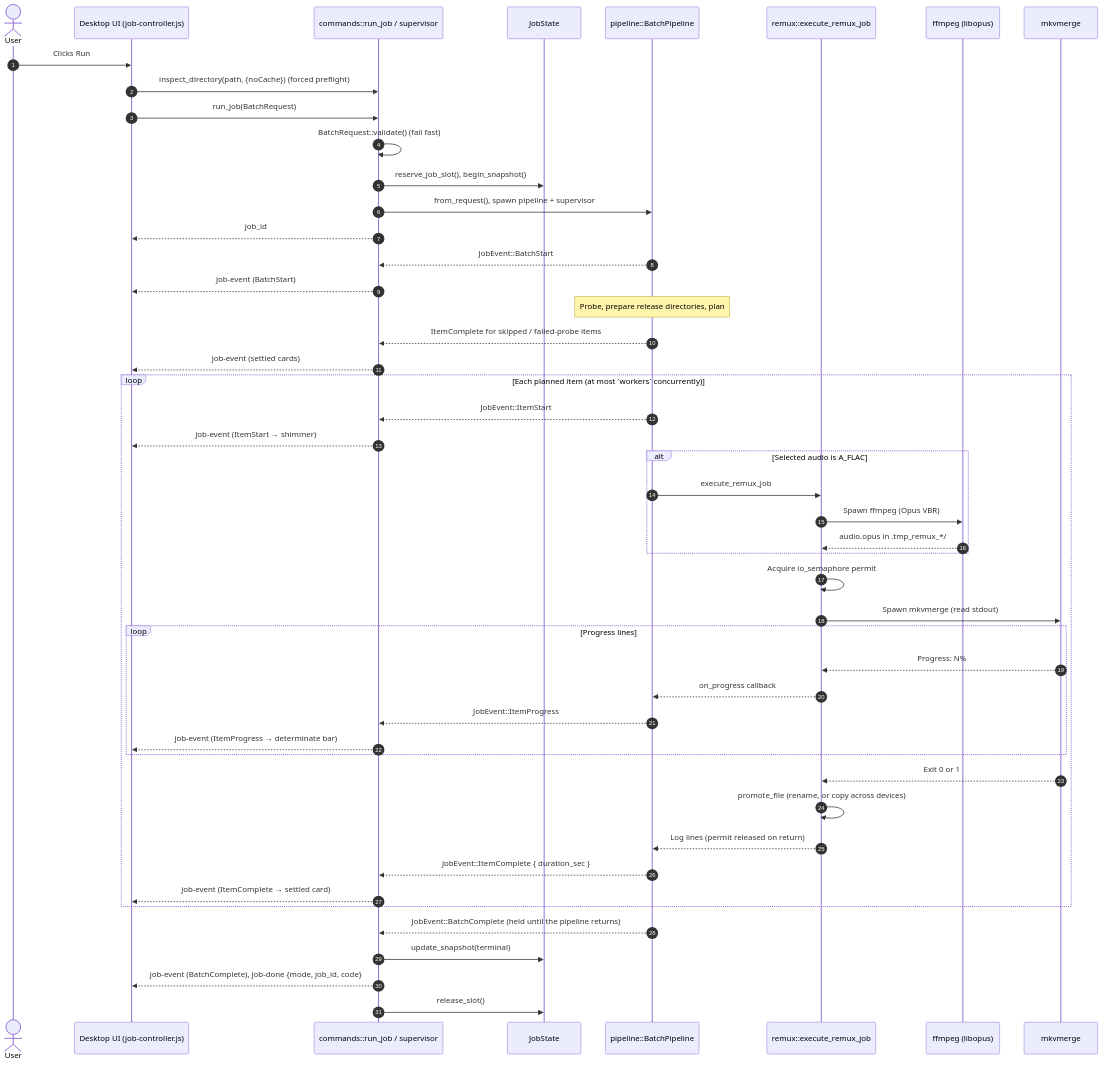
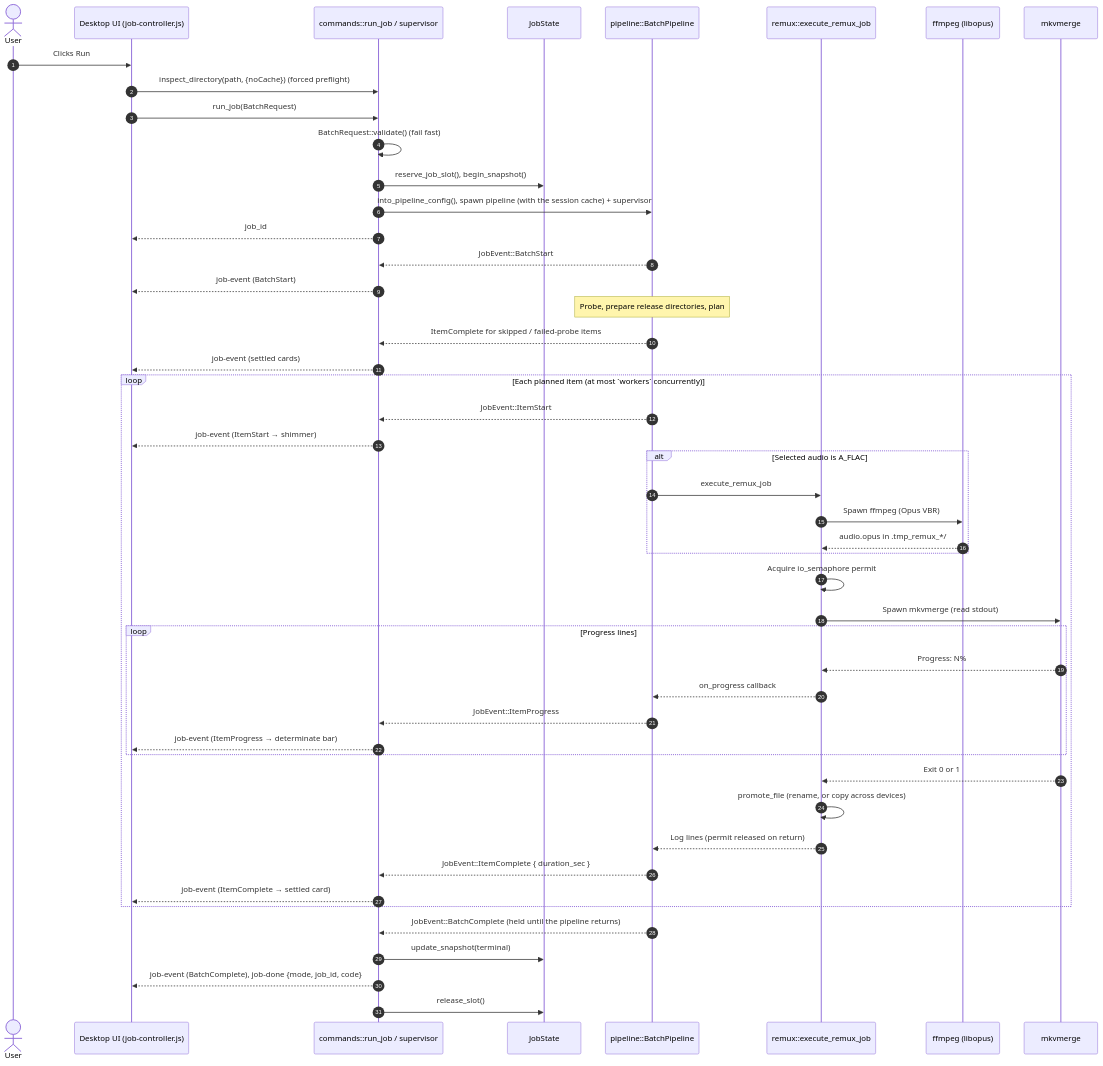
The eighth of 8 diagrams in architecture.md (Si-Forces/mkvanimebatch), drawn with Mermaid before and after one commit. The commit also changed other lines of this file and 10 other files, not shown here.

First line of the commit message:
perf: one inspect cache per app session, pruned after each completed inspection (#42)

````diff
--- a/architecture.md
+++ b/architecture.md
@@ -558,57 +564,57 @@
 ```mermaid
 sequenceDiagram
     autonumber
     actor User
     participant UI as Desktop UI (job-controller.js)
     participant Cmd as commands::run_job / supervisor
     participant Proc as JobState
     participant Pipe as pipeline::BatchPipeline
     participant RX as remux::execute_remux_job
     participant FF as ffmpeg (libopus)
     participant MKV as mkvmerge
 
     User->>UI: Clicks Run
     UI->>Cmd: inspect_directory(path, {noCache}) (forced preflight)
     UI->>Cmd: run_job(BatchRequest)
     Cmd->>Cmd: BatchRequest::validate() (fail fast)
     Cmd->>Proc: reserve_job_slot(), begin_snapshot()
-    Cmd->>Pipe: from_request(), spawn pipeline + supervisor
+    Cmd->>Pipe: into_pipeline_config(), spawn pipeline (with the session cache) + supervisor
     Cmd-->>UI: job_id
     Pipe-->>Cmd: JobEvent::BatchStart
     Cmd-->>UI: job-event (BatchStart)
 
     Note over Pipe: Probe, prepare release directories, plan
     Pipe-->>Cmd: ItemComplete for skipped / failed-probe items
     Cmd-->>UI: job-event (settled cards)
 
     loop Each planned item (at most `workers` concurrently)
         Pipe-->>Cmd: JobEvent::ItemStart
         Cmd-->>UI: job-event (ItemStart → shimmer)
 
         alt Selected audio is A_FLAC
             Pipe->>RX: execute_remux_job
             RX->>FF: Spawn ffmpeg (Opus VBR)
             FF-->>RX: audio.opus in .tmp_remux_*/
         end
 
         RX->>RX: Acquire io_semaphore permit
         RX->>MKV: Spawn mkvmerge (read stdout)
         loop Progress lines
             MKV-->>RX: Progress: N%
             RX-->>Pipe: on_progress callback
             Pipe-->>Cmd: JobEvent::ItemProgress
             Cmd-->>UI: job-event (ItemProgress → determinate bar)
         end
         MKV-->>RX: Exit 0 or 1
         RX->>RX: promote_file (rename, or copy across devices)
         RX-->>Pipe: Log lines (permit released on return)
 
         Pipe-->>Cmd: JobEvent::ItemComplete { duration_sec }
         Cmd-->>UI: job-event (ItemComplete → settled card)
     end
 
     Pipe-->>Cmd: JobEvent::BatchComplete (held until the pipeline returns)
     Cmd->>Proc: update_snapshot(terminal)
     Cmd-->>UI: job-event (BatchComplete), job-done {mode, job_id, code}
     Cmd->>Proc: release_slot()
 ```
````
